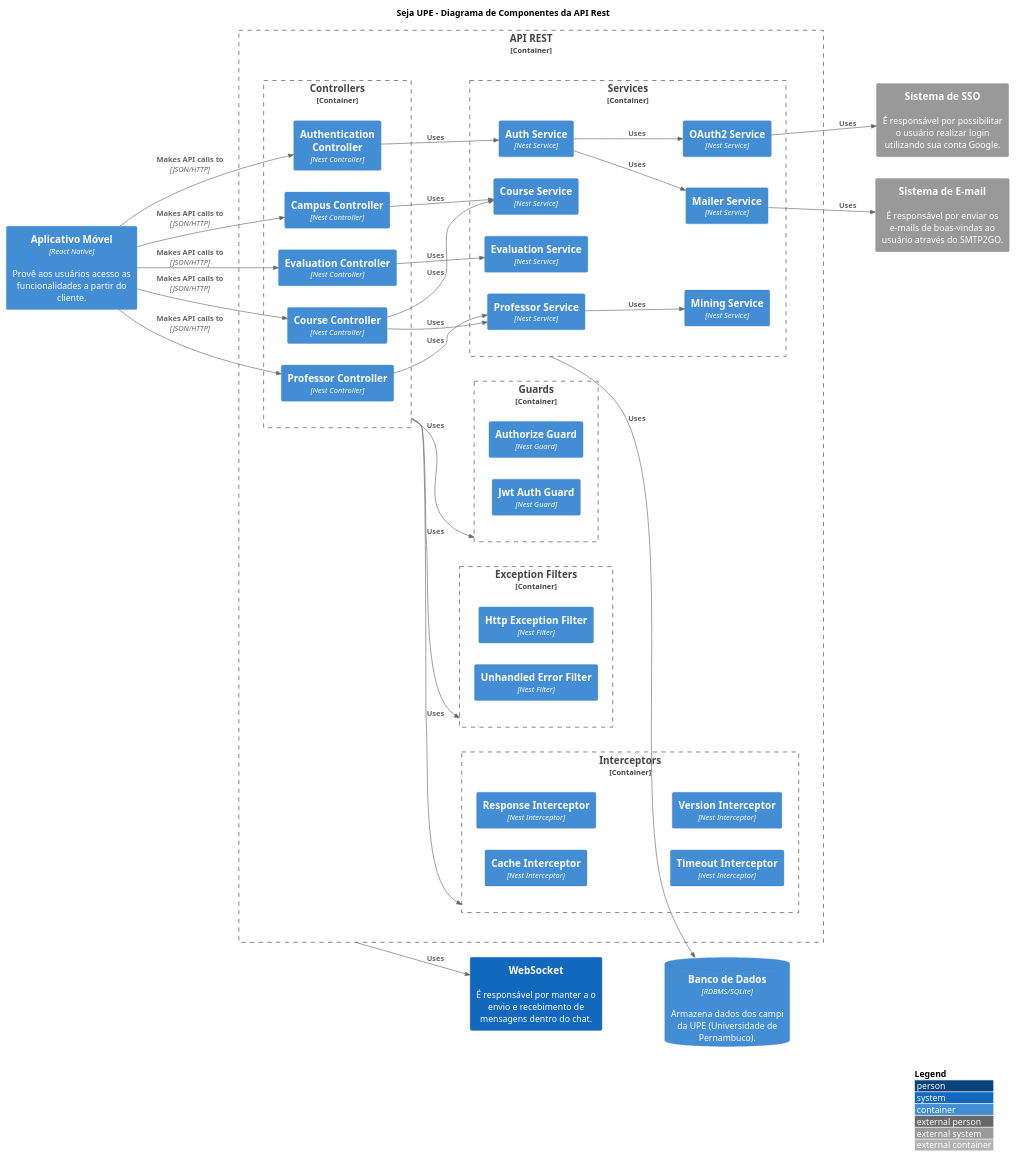
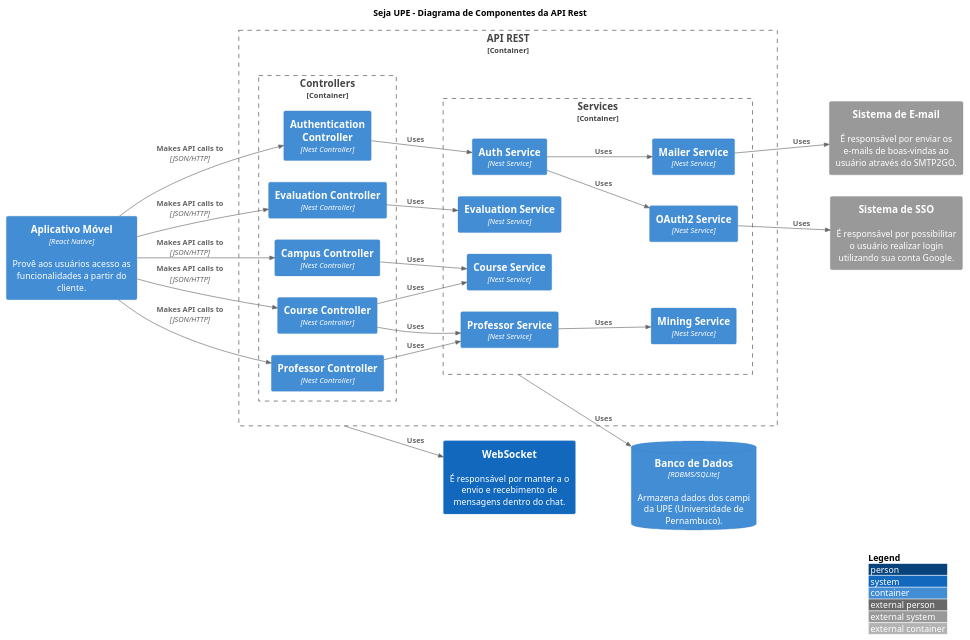
The diagram in src/C1. Visão Geral/C2. Sistema/C3. Endpoints RESTful (Server)/components.puml (MurylloEx/Seja-UPE-Docs), drawn with PlantUML before and after one commit.

Commit message:
:memo: docs: Updated Diagram to remove unnecessary details.

```diff
--- a/src/C1. Visão Geral/C2. Sistema/C3. Endpoints RESTful (Server)/components.puml
+++ b/src/C1. Visão Geral/C2. Sistema/C3. Endpoints RESTful (Server)/components.puml
@@ -1,81 +1,61 @@
 @startuml "C3 Component Diagram"
 
 !include https://raw.githubusercontent.com/adrianvlupu/C4-PlantUML/latest/C4_Container.puml
 
 skinparam Style strictuml
 
 LAYOUT_LEFT_RIGHT()
 LAYOUT_WITH_LEGEND()
 
 title "Seja UPE - Diagrama de Componentes da API Rest"
 
 Container(MobileApp, "Aplicativo Móvel", "React Native", "Provê aos usuários acesso as funcionalidades a partir do cliente.")
 ContainerDb(Database, "Banco de Dados", "RDBMS/SQLite", "Armazena dados dos campi da UPE (Universidade de Pernambuco).")
 System(SystemWebsocket, "WebSocket", "É responsável por manter a o envio e recebimento de mensagens dentro do chat.")
 System_Ext(SystemEmail, "Sistema de E-mail", "É responsável por enviar os e-mails de boas-vindas ao usuário através do SMTP2GO.")
 System_Ext(SystemOAuth2, "Sistema de SSO", "É responsável por possibilitar o usuário realizar login utilizando sua conta Google.")
 
 Container_Boundary(SystemApi, "API REST") {
-
-  Container_Boundary(SystemInterceptors, "Interceptors") {
-    Container(CacheInterceptor, "Cache Interceptor", "Nest Interceptor", "")
-    Container(ResponseInterceptor, "Response Interceptor", "Nest Interceptor", "")
-    Container(TimeoutInterceptor, "Timeout Interceptor", "Nest Interceptor", "")
-    Container(VersionInterceptor, "Version Interceptor", "Nest Interceptor", "")
-  }
-
-  Container_Boundary(SystemFilters, "Exception Filters") {
-    Container(HttpExceptionFilter, "Http Exception Filter", "Nest Filter", "")
-    Container(UnhandledErrorFilter, "Unhandled Error Filter", "Nest Filter", "")
-  }
-
-  Container_Boundary(SystemGuards, "Guards") {
-    Container(AuthorizeGuard, "Authorize Guard", "Nest Guard", "")
-    Container(JwtAuthGuard, "Jwt Auth Guard", "Nest Guard", "")
-  }
 
   Container_Boundary(SystemControllers, "Controllers") {
     Container(AuthController, "Authentication Controller", "Nest Controller", "")
     Container(CampusController, "Campus Controller", "Nest Controller", "")
     Container(EvaluationController, "Evaluation Controller", "Nest Controller", "")
     Container(CourseController, "Course Controller", "Nest Controller", "")
     Container(ProfessorController, "Professor Controller", "Nest Controller", "")
 
     Rel(MobileApp, AuthController, "Makes API calls to", "JSON/HTTP")
     Rel(MobileApp, CampusController, "Makes API calls to", "JSON/HTTP")
     Rel(MobileApp, EvaluationController, "Makes API calls to", "JSON/HTTP")
     Rel(MobileApp, CourseController, "Makes API calls to","JSON/HTTP")
     Rel(MobileApp, ProfessorController, "Makes API calls to","JSON/HTTP")
   }
 
   Container_Boundary(SystemServices, "Services") {
     Container(AuthService, "Auth Service", "Nest Service", "")
     Container(MailerService, "Mailer Service", "Nest Service", "")
     Container(OAuth2Service, "OAuth2 Service", "Nest Service", "")
     Container(EvaluationService, "Evaluation Service", "Nest Service", "")
     Container(CourseService, "Course Service", "Nest Service", "")
     Container(ProfessorService, "Professor Service", "Nest Service", "")
     Container(MiningService, "Mining Service", "Nest Service", "")
     
     Rel(AuthController, AuthService, "Uses")
     Rel(CampusController, CourseService, "Uses" )
     Rel(EvaluationController, EvaluationService, "Uses")
     Rel(CourseController, CourseService, "Uses")
     Rel(CourseController, ProfessorService, "Uses")
     Rel(ProfessorController, ProfessorService, "Uses")
     Rel(AuthService, MailerService, "Uses")
     Rel(AuthService, OAuth2Service, "Uses")
     Rel(ProfessorService, MiningService, "Uses")
   }
 
   Rel(MailerService, SystemEmail, "Uses")
   Rel(OAuth2Service, SystemOAuth2, "Uses")
   Rel(SystemApi, SystemWebsocket, "Uses")
   Rel(SystemServices, Database, "Uses")
-  Rel(SystemControllers, SystemInterceptors, "Uses")
-  Rel(SystemControllers, SystemFilters, "Uses")
-  Rel(SystemControllers, SystemGuards, "Uses")
 
 }
 
 @enduml
```
